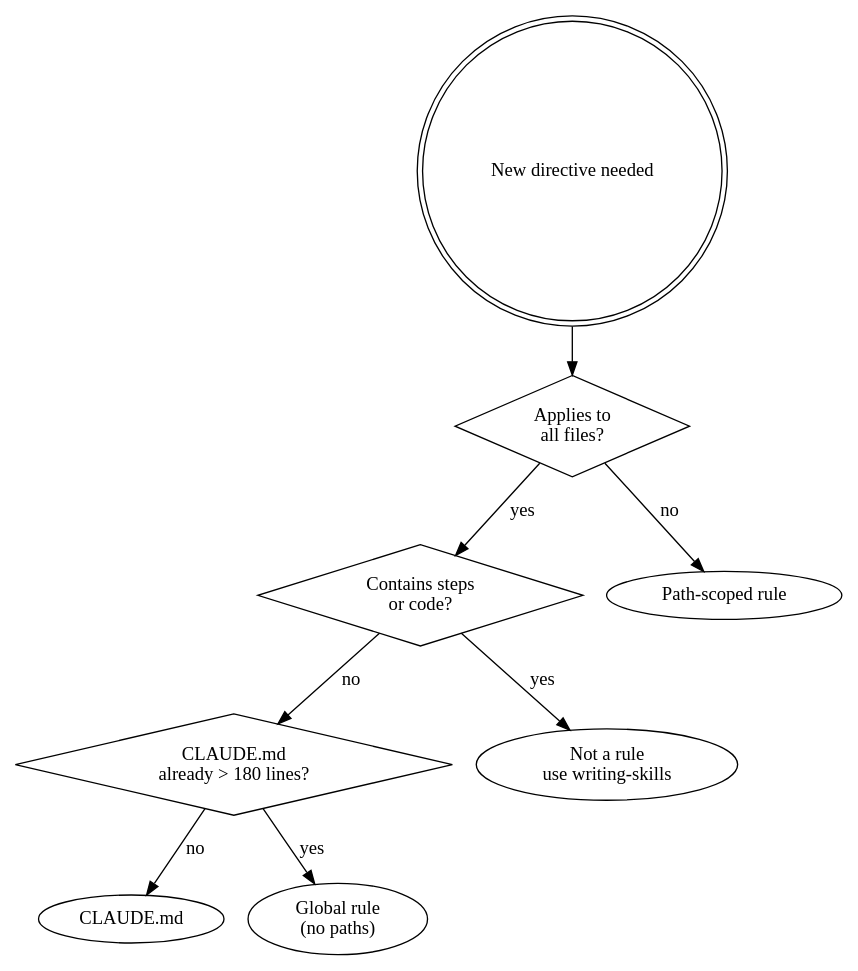
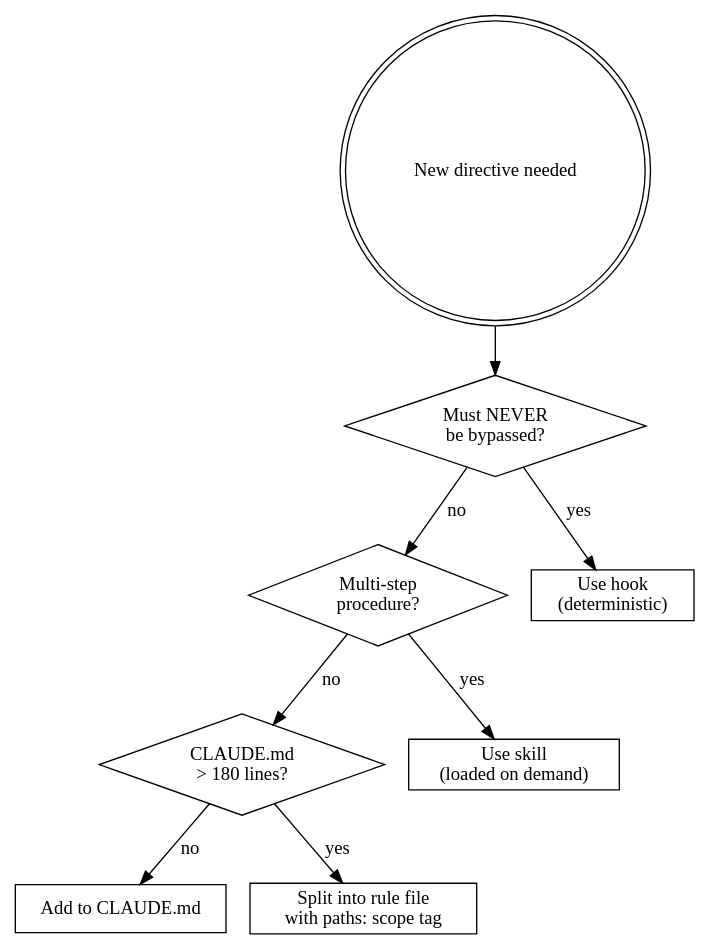
Before and after one commit to wayne930242/Reflexive-Claude-Code: the diagram in plugins/rcc/skills/writing-rules/SKILL.md, drawn with Graphviz. The commit also changed other lines of this file and 13 other files, not shown here.

````diff
--- a/plugins/rcc/skills/writing-rules/SKILL.md
+++ b/plugins/rcc/skills/writing-rules/SKILL.md
@@ -89,23 +91,23 @@
 ```dot
 digraph rule_decision {
     rankdir=TB;
 
     start [label="New directive needed", shape=doublecircle];
-    q1 [label="Applies to\nall files?", shape=diamond];
-    q3 [label="Contains steps\nor code?", shape=diamond];
-    q4 [label="CLAUDE.md\nalready > 180 lines?", shape=diamond];
+    hard [label="Must NEVER\nbe bypassed?", shape=diamond];
+    proc [label="Multi-step\nprocedure?", shape=diamond];
+    budget [label="CLAUDE.md\n> 180 lines?", shape=diamond];
 
-    claudemd [label="CLAUDE.md"];
-    global_rule [label="Global rule\n(no paths)"];
-    scoped_rule [label="Path-scoped rule"];
-    skill [label="Not a rule\nuse writing-skills"];
+    hook [label="Use hook\n(deterministic)", shape=box];
+    skill [label="Use skill\n(loaded on demand)", shape=box];
+    claudemd [label="Add to CLAUDE.md", shape=box];
+    rule [label="Split into rule file\nwith paths: scope tag", shape=box];
 
-    start -> q1;
-    q1 -> q3 [label="yes"];
-    q1 -> scoped_rule [label="no"];
-    q3 -> skill [label="yes"];
-    q3 -> q4 [label="no"];
-    q4 -> global_rule [label="yes"];
-    q4 -> claudemd [label="no"];
+    start -> hard;
+    hard -> hook [label="yes"];
+    hard -> proc [label="no"];
+    proc -> skill [label="yes"];
+    proc -> budget [label="no"];
+    budget -> rule [label="yes"];
+    budget -> claudemd [label="no"];
 }
 ```
````
